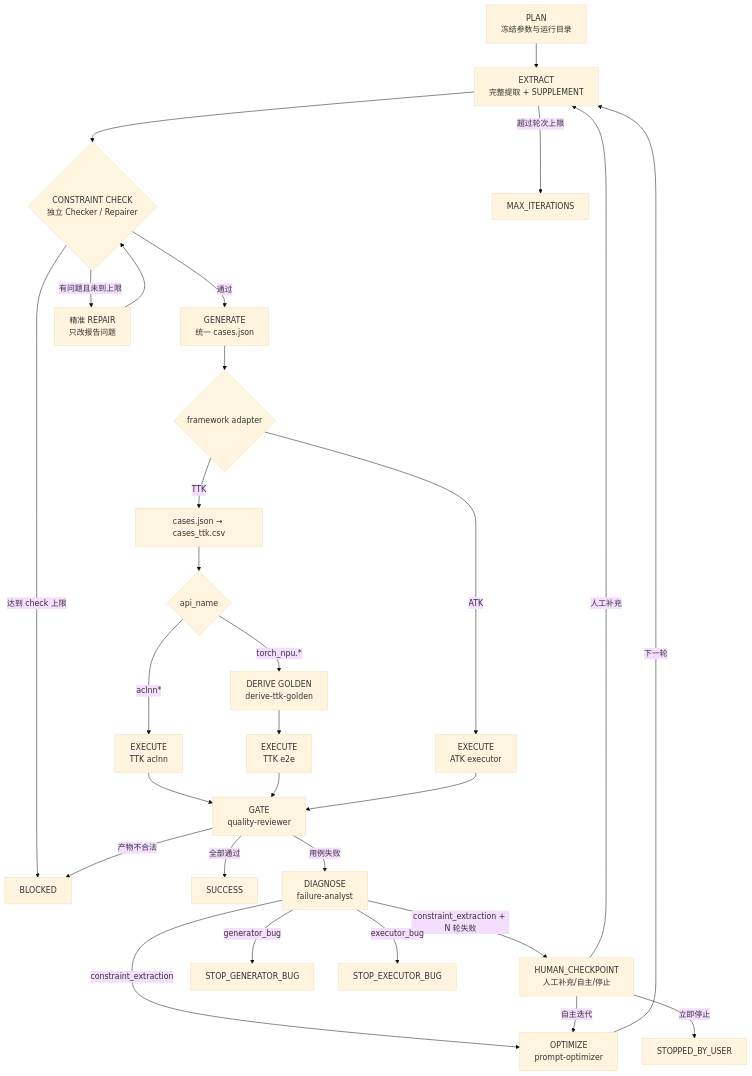
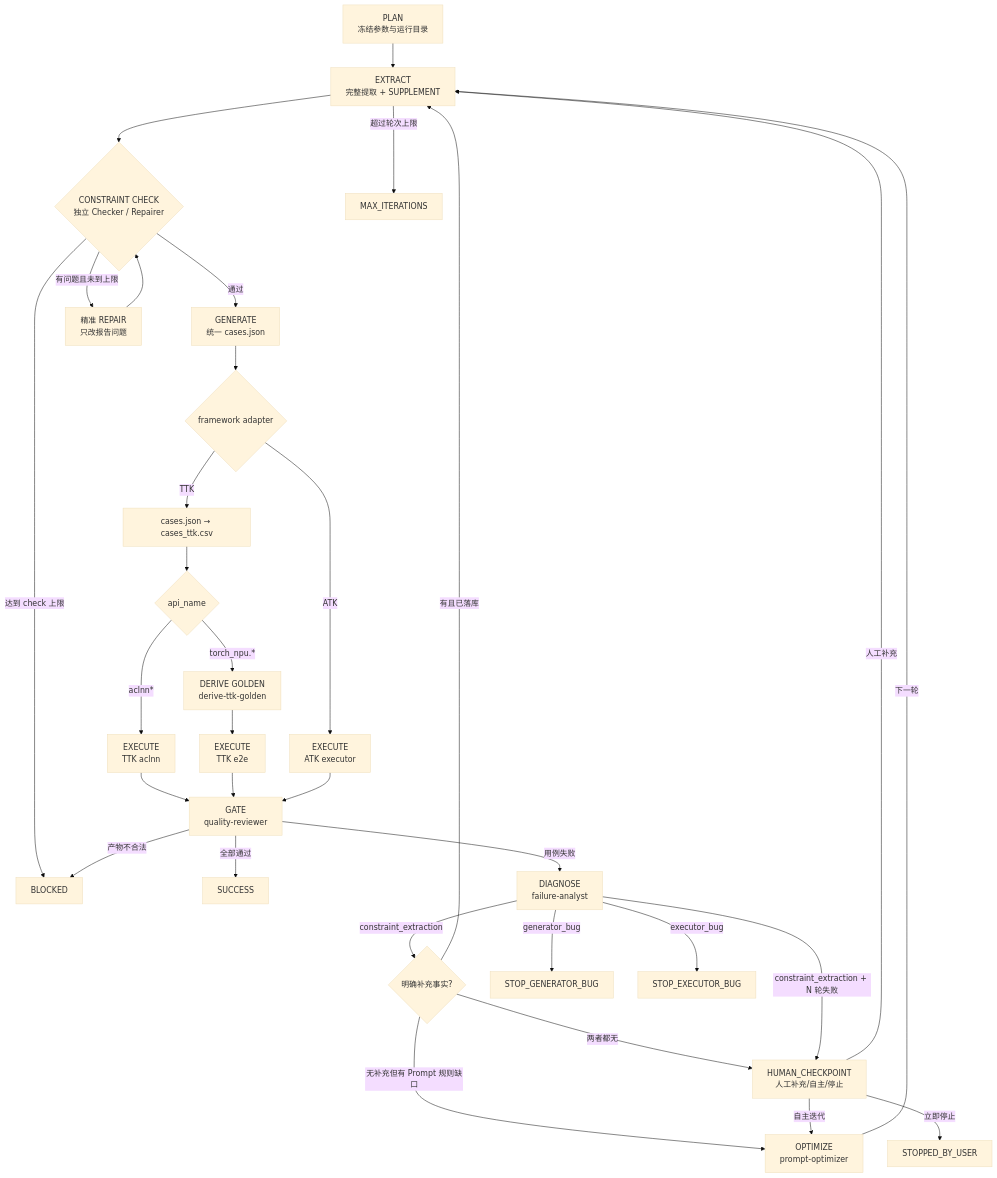
Before and after one commit to 564239493/operator-common-iterator-claude: the diagram in docs/WORKFLOW.md, drawn with Mermaid (base theme). The commit also changed other lines of this file and 10 other files, not shown here.

````diff
--- a/docs/WORKFLOW.md
+++ b/docs/WORKFLOW.md
@@ -53,31 +53,34 @@
 ```mermaid
 flowchart TD
     P["PLAN<br/>冻结参数与运行目录"] --> E["EXTRACT<br/>完整提取 + SUPPLEMENT"]
     E --> CC{"CONSTRAINT CHECK<br/>独立 Checker / Repairer"}
     CC -->|通过| G["GENERATE<br/>统一 cases.json"]
     CC -->|有问题且未到上限| CR["精准 REPAIR<br/>只改报告问题"]
     CR --> CC
     CC -->|达到 check 上限| B
     G --> A{"framework adapter"}
     A -->|ATK| X["EXECUTE<br/>ATK executor"]
     A -->|TTK| C["cases.json → cases_ttk.csv"]
     C --> TM{"api_name"}
     TM -->|"aclnn*"| XA["EXECUTE<br/>TTK aclnn"]
     TM -->|"torch_npu.*"| R["DERIVE GOLDEN<br/>derive-ttk-golden"]
     R --> X2["EXECUTE<br/>TTK e2e"]
     XA --> Q
     X2 --> Q
     X --> Q["GATE<br/>quality-reviewer"]
     Q -->|全部通过| S["SUCCESS"]
     Q -->|用例失败| D["DIAGNOSE<br/>failure-analyst"]
     Q -->|产物不合法| B["BLOCKED"]
-    D -->|constraint_extraction| O["OPTIMIZE<br/>prompt-optimizer"]
+    D -->|constraint_extraction| SD{"明确补充事实?"}
+    SD -->|有且已落库| E
+    SD -->|无补充但有 Prompt 规则缺口| O["OPTIMIZE<br/>prompt-optimizer"]
+    SD -->|两者都无| HC
     O -->|下一轮| E
     D -->|constraint_extraction + N 轮失败| HC["HUMAN_CHECKPOINT<br/>人工补充/自主/停止"]
     HC -->|人工补充| E
     HC -->|自主迭代| O
     HC -->|立即停止| SU["STOPPED_BY_USER"]
     D -->|generator_bug| GB["STOP_GENERATOR_BUG"]
     D -->|executor_bug| EB["STOP_EXECUTOR_BUG"]
     E -->|超过轮次上限| M["MAX_ITERATIONS"]
 ```
````
